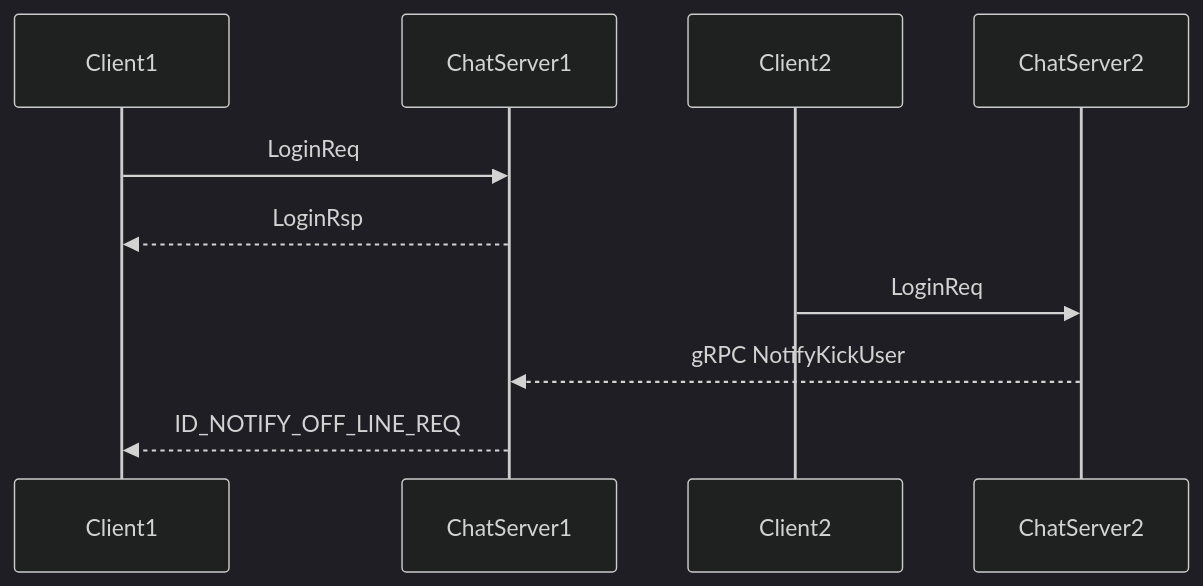
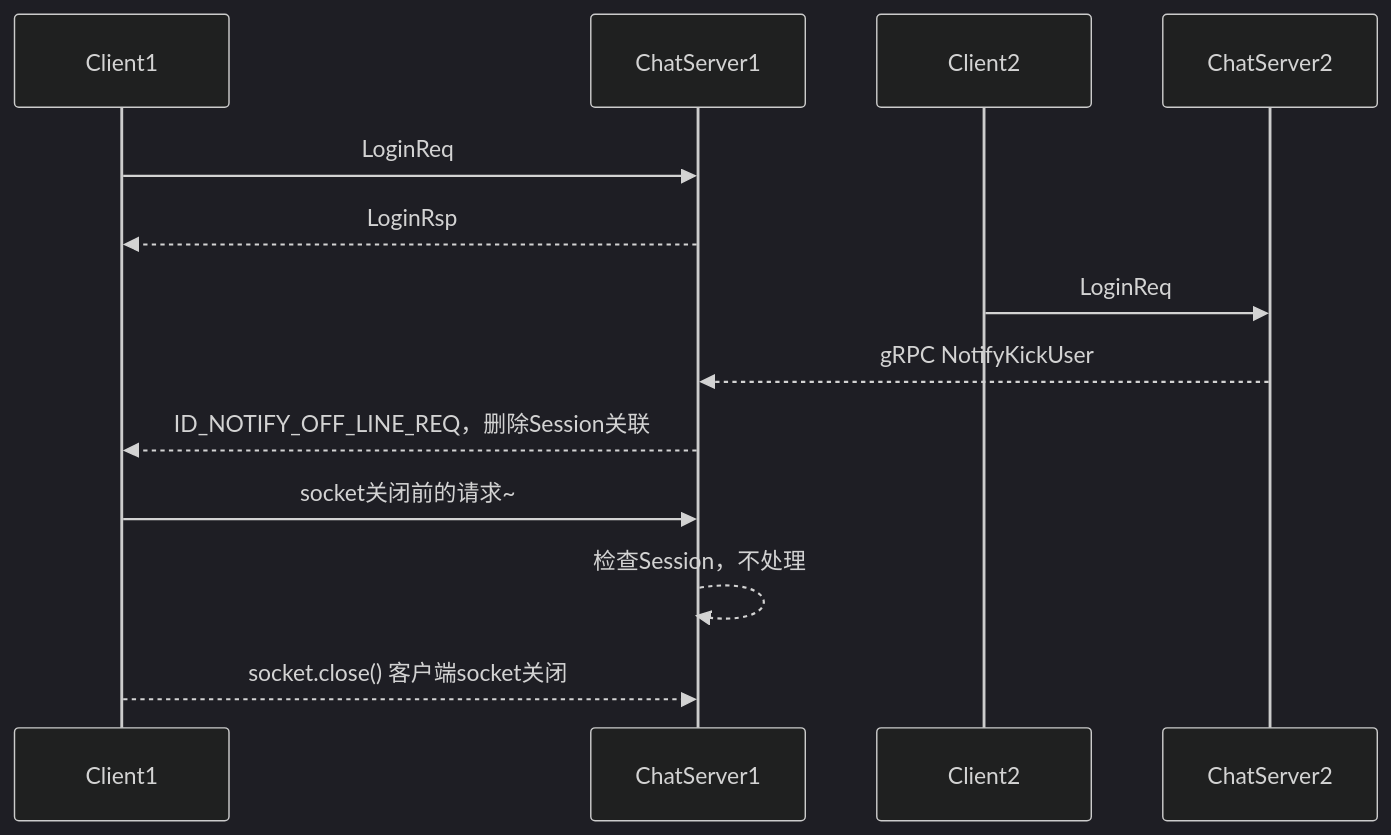
Before and after one commit to star-cs/CChat_server: the second of 2 diagrams in README.md, drawn with Mermaid (dark theme). The commit also changed other lines of this file and 10 other files, not shown here.

````diff
--- a/README.md
+++ b/README.md
@@ -115,14 +116,19 @@
 ```mermaid
 sequenceDiagram
     participant C1 As Client1 
     participant S1 As ChatServer1 
 
     participant C2 As Client2 
     participant S2 as ChatServer2
     C1->>S1: LoginReq
     S1-->>C1: LoginRsp
 
     C2->>S2: LoginReq
     S2-->>S1: gRPC NotifyKickUser
-    S1-->>C1: ID_NOTIFY_OFF_LINE_REQ
+    S1-->>C1: ID_NOTIFY_OFF_LINE_REQ，删除Session关联
+
+    C1->>S1: socket关闭前的请求~
+    S1-->>S1: 检查Session，不处理
+
+    C1-->>S1: socket.close() 客户端socket关闭
 ```
````
